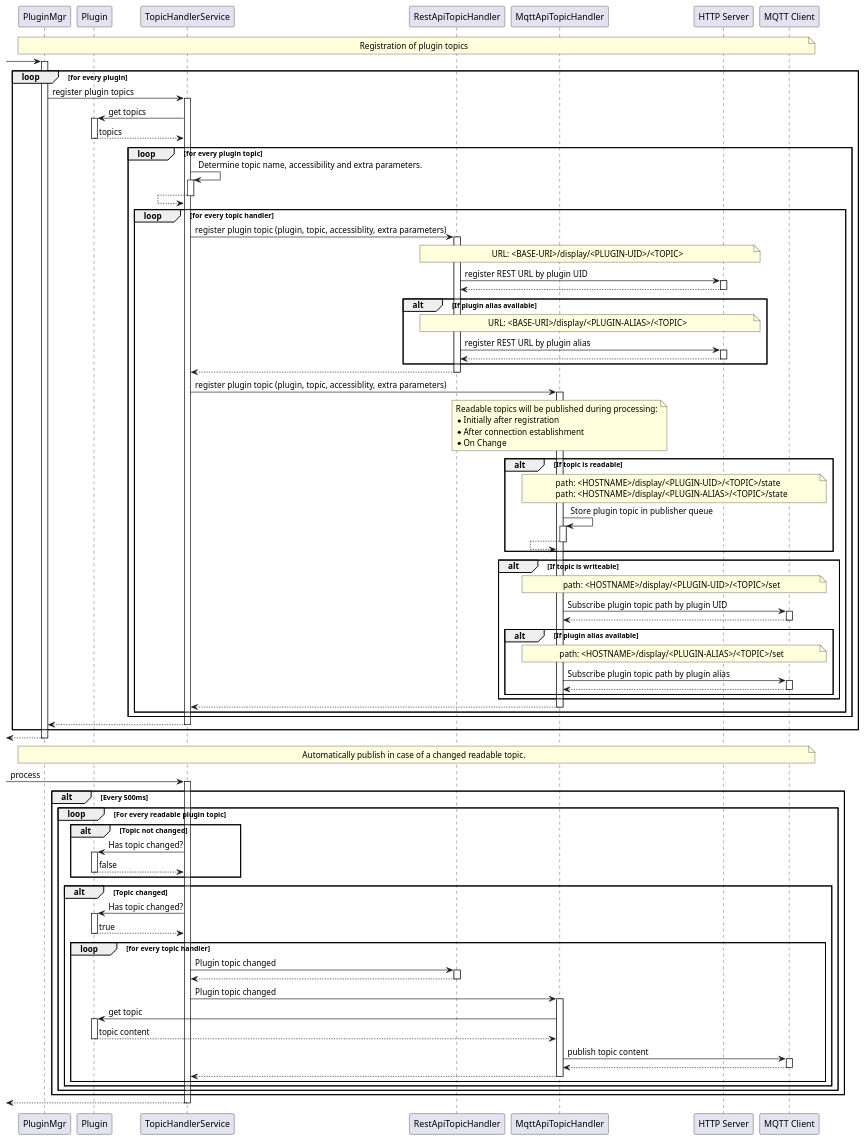
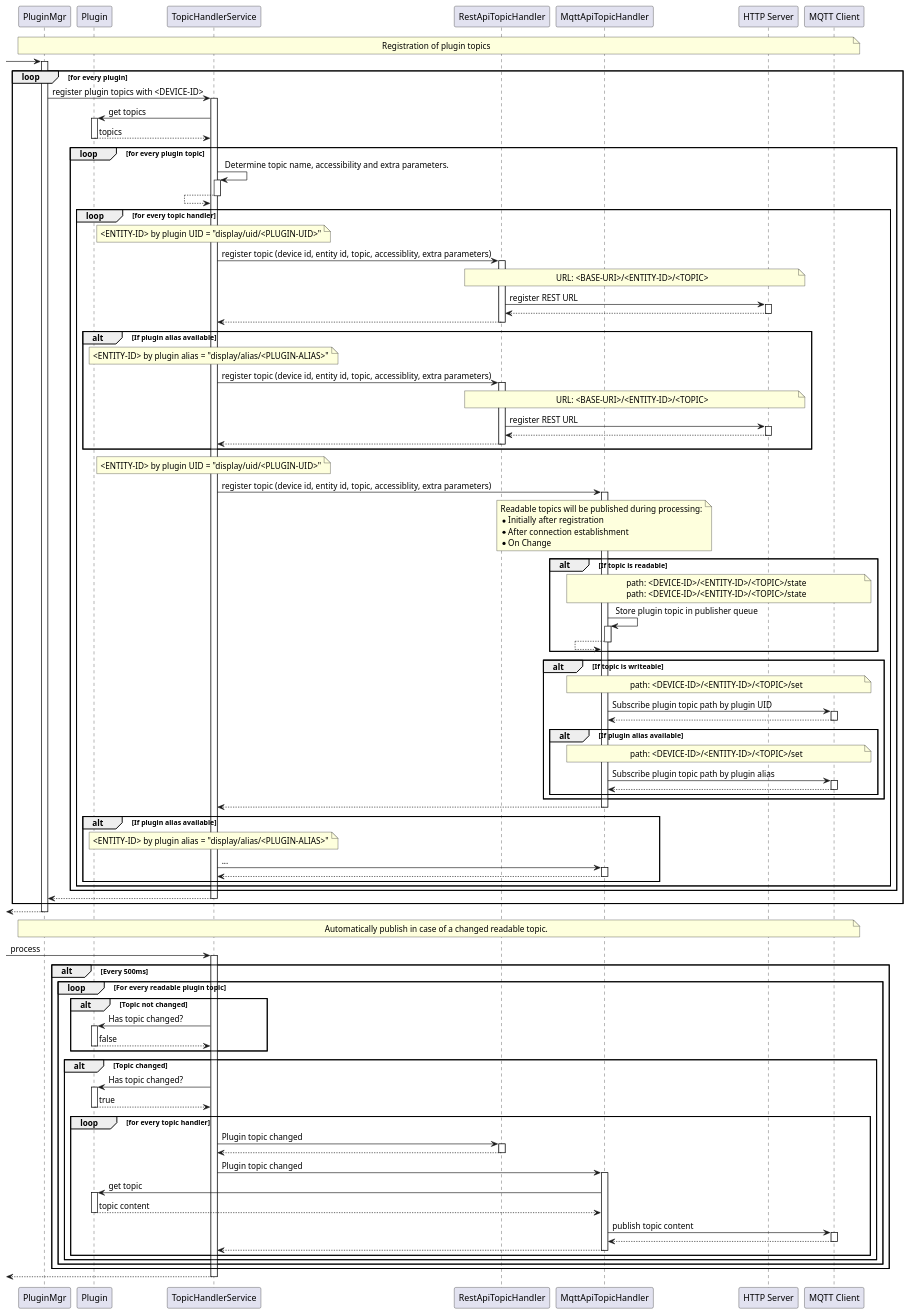
One commit to BlueAndi/Pixelix changed the diagram in doc/architecture/uml/topic_handler_service.wsd. Above: the diagram before and after it, drawn with PlantUML. The commit also changed 33 other files, not shown here.

```diff
--- a/doc/architecture/uml/topic_handler_service.wsd
+++ b/doc/architecture/uml/topic_handler_service.wsd
@@ -1,153 +1,180 @@
 @startuml
 
 
 participant "PluginMgr" as pluginMgr
 participant "Plugin" as plugin
 participant "TopicHandlerService" as topicHandlerService
 participant "RestApiTopicHandler" as restApiTopicHandler
 participant "MqttApiTopicHandler" as mqttApiTopicHandler
 participant "HTTP Server" as httpServer
 participant "MQTT Client" as mqttClient
 
 autoactivate on
 
 note over pluginMgr,mqttClient
     Registration of plugin topics
 end note
 
 -> pluginMgr
 
 loop for every plugin
-    pluginMgr -> topicHandlerService: register plugin topics
+    pluginMgr -> topicHandlerService: register plugin topics with <DEVICE-ID>
 
         topicHandlerService -> plugin: get topics
         topicHandlerService <-- plugin: topics
 
         loop for every plugin topic
 
             topicHandlerService -> topicHandlerService: Determine topic name, accessibility and extra parameters.
             topicHandlerService <-- topicHandlerService
 
             loop for every topic handler
 
-                topicHandlerService -> restApiTopicHandler: register plugin topic (plugin, topic, accessiblity, extra parameters)
+                note over topicHandlerService
+                    <ENTITY-ID> by plugin UID = "display/uid/<PLUGIN-UID>"
+                end note
+
+                topicHandlerService -> restApiTopicHandler: register topic (device id, entity id, topic, accessiblity, extra parameters)
 
                     note over restApiTopicHandler,httpServer
-                        URL: <BASE-URI>/display/<PLUGIN-UID>/<TOPIC>
+                        URL: <BASE-URI>/<ENTITY-ID>/<TOPIC>
                     end note
 
-                    restApiTopicHandler -> httpServer: register REST URL by plugin UID
+                    restApiTopicHandler -> httpServer: register REST URL
                     restApiTopicHandler <-- httpServer
-
-                    alt If plugin alias available
-
-                        note over restApiTopicHandler,httpServer
-                            URL: <BASE-URI>/display/<PLUGIN-ALIAS>/<TOPIC>
-                        end note
-
-                        restApiTopicHandler -> httpServer: register REST URL by plugin alias
-                        restApiTopicHandler <-- httpServer
-
-                    end alt
 
                 topicHandlerService <-- restApiTopicHandler
 
-                topicHandlerService -> mqttApiTopicHandler: register plugin topic (plugin, topic, accessiblity, extra parameters)
+                alt If plugin alias available
+
+                    note over topicHandlerService
+                        <ENTITY-ID> by plugin alias = "display/alias/<PLUGIN-ALIAS>"
+                    end note
+
+                    topicHandlerService -> restApiTopicHandler: register topic (device id, entity id, topic, accessiblity, extra parameters)
+
+                        note over restApiTopicHandler,httpServer
+                            URL: <BASE-URI>/<ENTITY-ID>/<TOPIC>
+                        end note
+
+                        restApiTopicHandler -> httpServer: register REST URL
+                        restApiTopicHandler <-- httpServer
+
+                    topicHandlerService <-- restApiTopicHandler
+
+                end alt
+
+                note over topicHandlerService
+                    <ENTITY-ID> by plugin UID = "display/uid/<PLUGIN-UID>"
+                end note
+
+                topicHandlerService -> mqttApiTopicHandler: register topic (device id, entity id, topic, accessiblity, extra parameters)
 
                     note over mqttApiTopicHandler
                         Readable topics will be published during processing:
                         * Initially after registration
                         * After connection establishment
                         * On Change
                     end note
 
                     alt If topic is readable
 
                         note over mqttApiTopicHandler,mqttClient
-                            path: <HOSTNAME>/display/<PLUGIN-UID>/<TOPIC>/state
-                            path: <HOSTNAME>/display/<PLUGIN-ALIAS>/<TOPIC>/state
+                            path: <DEVICE-ID>/<ENTITY-ID>/<TOPIC>/state
+                            path: <DEVICE-ID>/<ENTITY-ID>/<TOPIC>/state
                         end note
 
                         mqttApiTopicHandler -> mqttApiTopicHandler: Store plugin topic in publisher queue
                         mqttApiTopicHandler <-- mqttApiTopicHandler
 
                     end alt
 
                     alt If topic is writeable
 
                         note over mqttApiTopicHandler,mqttClient
-                            path: <HOSTNAME>/display/<PLUGIN-UID>/<TOPIC>/set
+                            path: <DEVICE-ID>/<ENTITY-ID>/<TOPIC>/set
                         end note
 
                         mqttApiTopicHandler -> mqttClient: Subscribe plugin topic path by plugin UID
                         mqttApiTopicHandler <-- mqttClient
 
                         alt If plugin alias available
 
                             note over mqttApiTopicHandler,mqttClient
-                                path: <HOSTNAME>/display/<PLUGIN-ALIAS>/<TOPIC>/set
+                                path: <DEVICE-ID>/<ENTITY-ID>/<TOPIC>/set
                             end note
 
                             mqttApiTopicHandler -> mqttClient: Subscribe plugin topic path by plugin alias
                             mqttApiTopicHandler <-- mqttClient
 
                         end alt
 
                     end alt
 
                 topicHandlerService <-- mqttApiTopicHandler
+
+                alt If plugin alias available
+
+                    note over topicHandlerService
+                        <ENTITY-ID> by plugin alias = "display/alias/<PLUGIN-ALIAS>"
+                    end note
+
+                    topicHandlerService -> mqttApiTopicHandler: ...
+                    topicHandlerService <-- mqttApiTopicHandler
+
+                end alt
 
             end loop
 
         end loop
 
     pluginMgr <-- topicHandlerService
 end loop
 
 <-- pluginMgr
 
 note over pluginMgr,mqttClient
     Automatically publish in case of a changed readable topic.
 end note
 
 -> topicHandlerService: process
 
     alt Every 500ms
 
         loop For every readable plugin topic
 
             alt Topic not changed
                 topicHandlerService -> plugin: Has topic changed?
                 topicHandlerService <-- plugin: false
             end alt
 
             alt Topic changed
                 topicHandlerService -> plugin: Has topic changed?
                 topicHandlerService <-- plugin: true
 
                 loop for every topic handler
 
                     topicHandlerService -> restApiTopicHandler: Plugin topic changed
                     topicHandlerService <-- restApiTopicHandler
 
                     topicHandlerService -> mqttApiTopicHandler: Plugin topic changed
 
                         mqttApiTopicHandler -> plugin: get topic
                         mqttApiTopicHandler <-- plugin: topic content
 
                         mqttApiTopicHandler -> mqttClient: publish topic content
                         mqttApiTopicHandler <-- mqttClient
 
                     topicHandlerService <-- mqttApiTopicHandler
 
                 end loop
 
             end alt
 
         end loop
 
     end alt
 
 <-- topicHandlerService
 
 @enduml
```
